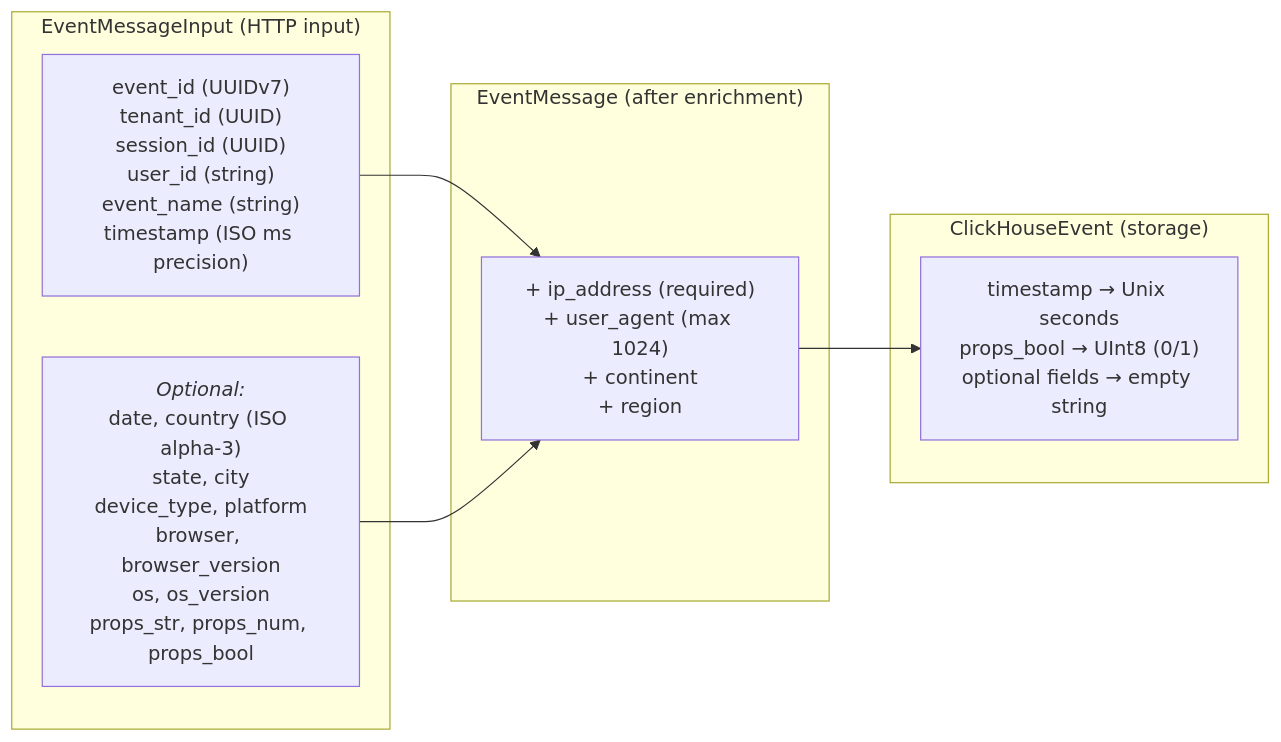
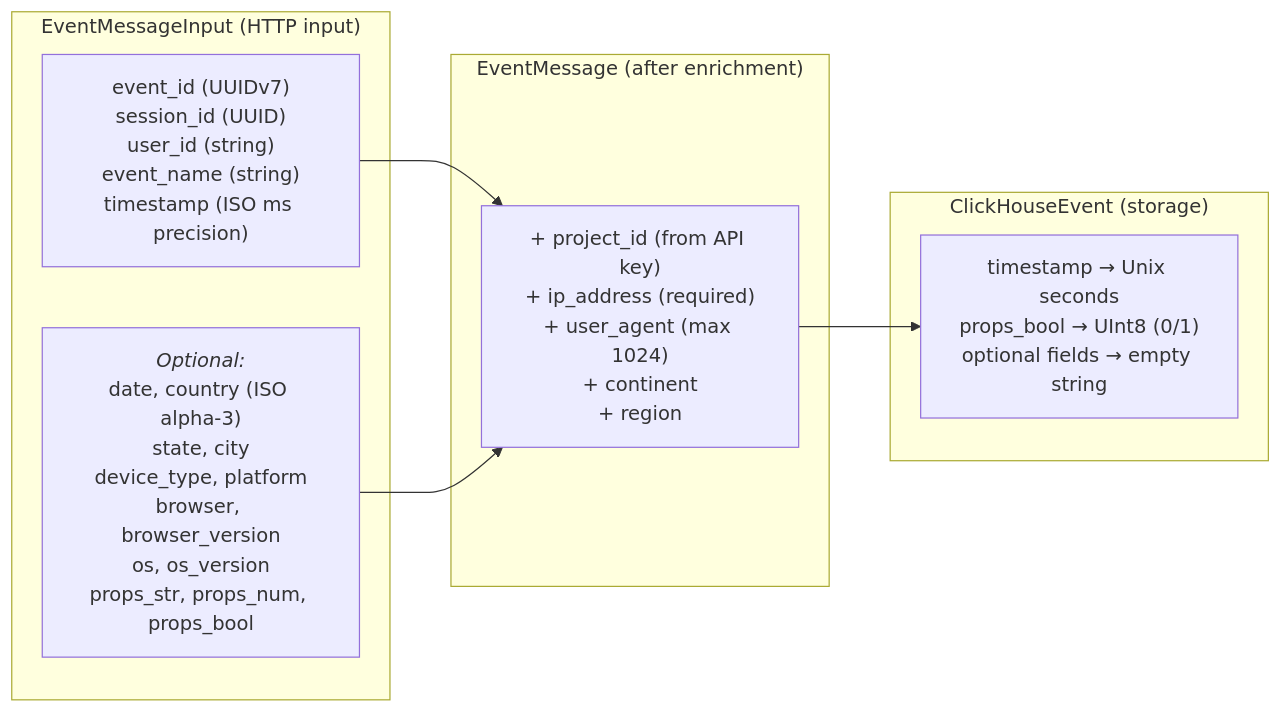
The fifth of 5 diagrams in OVERVIEW.md (MateusRoscoe/quantyx), drawn with Mermaid before and after one commit. The commit also changed other lines of this file and 41 other files, not shown here.

First line of the commit message:
feat: rename tenant_id to project_id and add API key authentication

````diff
--- a/OVERVIEW.md
+++ b/OVERVIEW.md
@@ -353,19 +398,19 @@
 ```mermaid
 graph LR
     subgraph "EventMessageInput (HTTP input)"
-        A["event_id (UUIDv7)<br/>tenant_id (UUID)<br/>session_id (UUID)<br/>user_id (string)<br/>event_name (string)<br/>timestamp (ISO ms precision)"]
+        A["event_id (UUIDv7)<br/>session_id (UUID)<br/>user_id (string)<br/>event_name (string)<br/>timestamp (ISO ms precision)"]
         B["<i>Optional:</i><br/>date, country (ISO alpha-3)<br/>state, city<br/>device_type, platform<br/>browser, browser_version<br/>os, os_version<br/>props_str, props_num, props_bool"]
     end
 
     subgraph "EventMessage (after enrichment)"
-        C["+ ip_address (required)<br/>+ user_agent (max 1024)<br/>+ continent<br/>+ region"]
+        C["+ project_id (from API key)<br/>+ ip_address (required)<br/>+ user_agent (max 1024)<br/>+ continent<br/>+ region"]
     end
 
     subgraph "ClickHouseEvent (storage)"
         D["timestamp → Unix seconds<br/>props_bool → UInt8 (0/1)<br/>optional fields → empty string"]
     end
 
     A --> C
     B --> C
     C --> D
 ```
````
